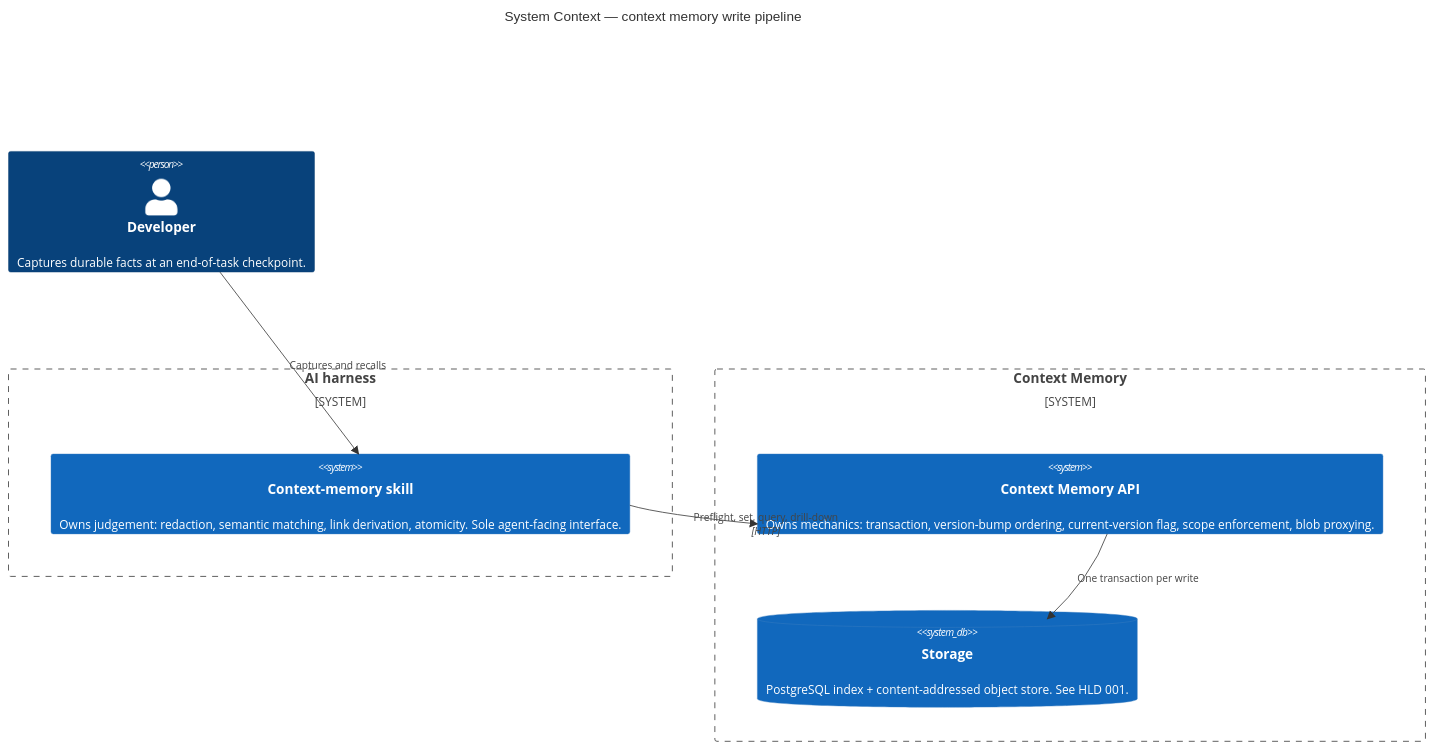
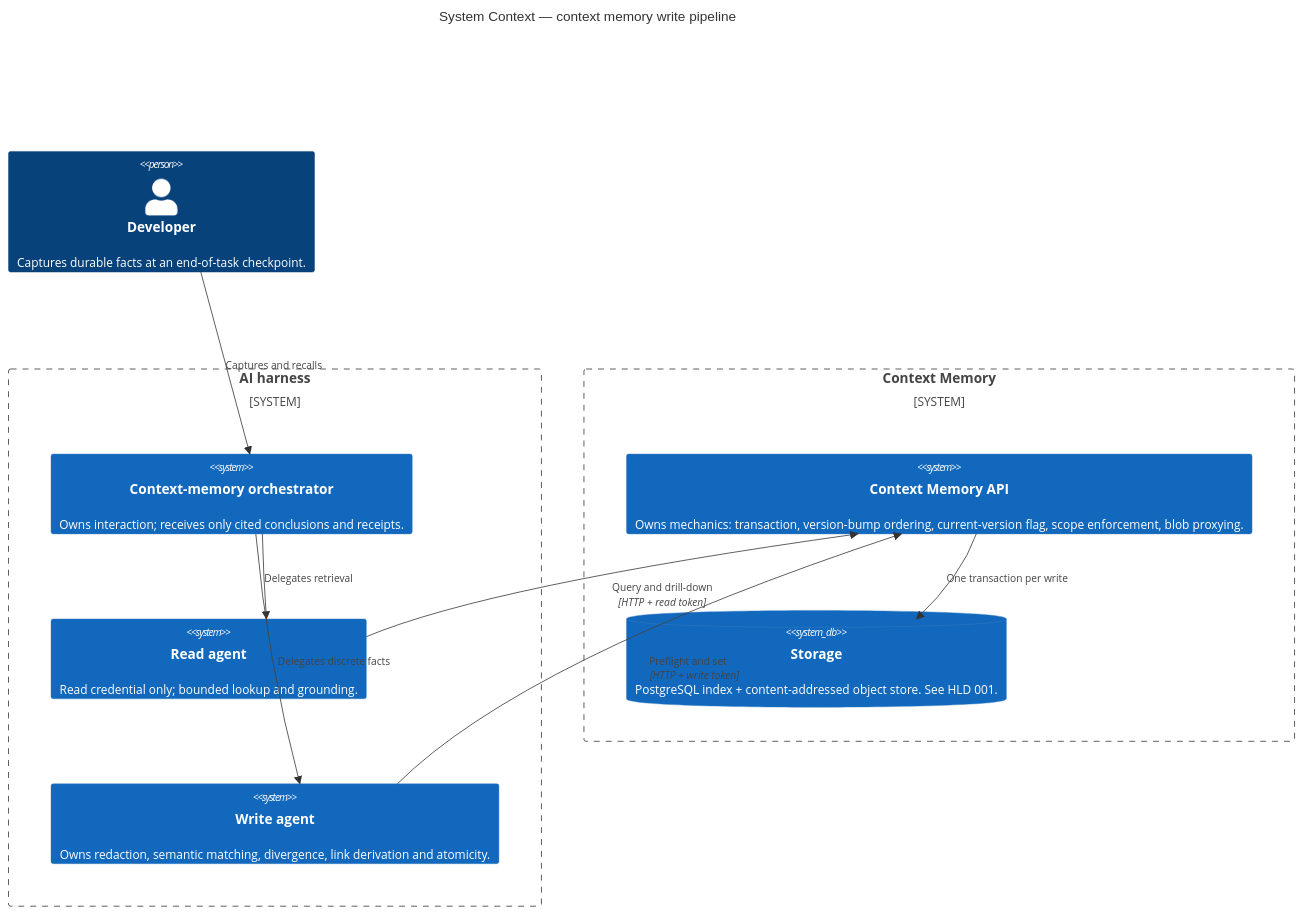
One commit to generic-automation-and-it/smooth-ai-product-context-memory changed the first of 2 diagrams in docs/hlds/002-context-memory-write-pipeline/diagrams/c4-context.md. Above: the diagram before and after it, drawn with Mermaid. The commit also changed other lines of this file and 71 other files, not shown here.

````diff
--- a/docs/hlds/002-context-memory-write-pipeline/diagrams/c4-context.md
+++ b/docs/hlds/002-context-memory-write-pipeline/diagrams/c4-context.md
@@ -13,21 +13,26 @@
 ```mermaid
 C4Context
     title System Context — context memory write pipeline
 
     Person(dev, "Developer", "Captures durable facts at an end-of-task checkpoint.")
 
     System_Boundary(harness, "AI harness") {
-        System(skill, "Context-memory skill", "Owns judgement: redaction, semantic matching, link derivation, atomicity. Sole agent-facing interface.")
+        System(skill, "Context-memory orchestrator", "Owns interaction; receives only cited conclusions and receipts.")
+        System(readAgent, "Read agent", "Read credential only; bounded lookup and grounding.")
+        System(writeAgent, "Write agent", "Owns redaction, semantic matching, divergence, link derivation and atomicity.")
     }
 
     System_Boundary(cm, "Context Memory") {
         System(api, "Context Memory API", "Owns mechanics: transaction, version-bump ordering, current-version flag, scope enforcement, blob proxying.")
         SystemDb(store, "Storage", "PostgreSQL index + content-addressed object store. See HLD 001.")
     }
 
     Rel(dev, skill, "Captures and recalls")
-    Rel(skill, api, "Preflight, set, query, drill-down", "HTTP")
+    Rel(skill, readAgent, "Delegates retrieval")
+    Rel(skill, writeAgent, "Delegates discrete facts")
+    Rel(readAgent, api, "Query and drill-down", "HTTP + read token")
+    Rel(writeAgent, api, "Preflight and set", "HTTP + write token")
     Rel(api, store, "One transaction per write")
 
     UpdateLayoutConfig($c4ShapeInRow="2", $c4BoundaryInRow="2")
 ```
````
